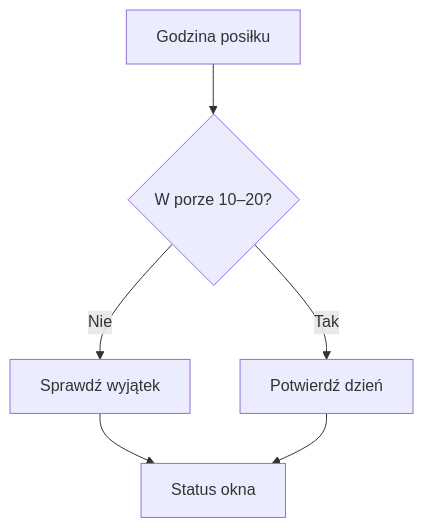
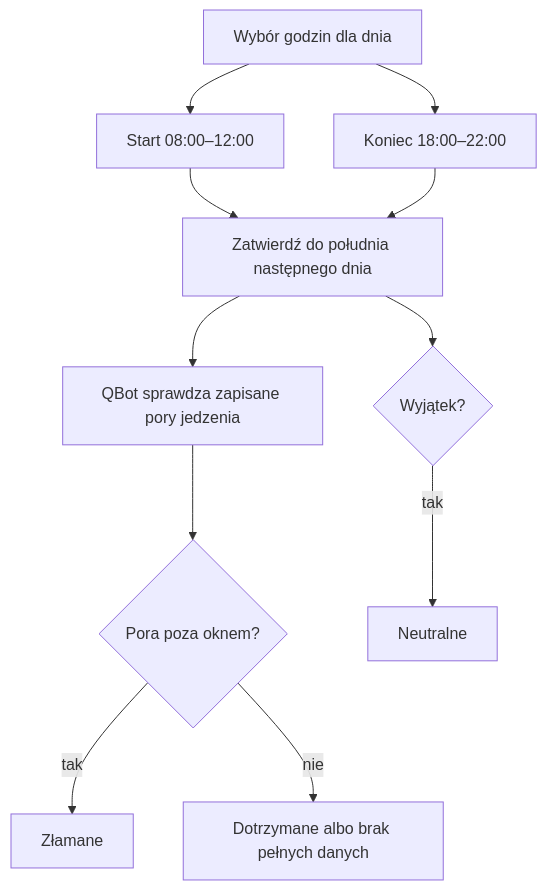
One commit to QbotMS/QbotQ changed the diagram in docs/wiki/zdrowie/okno-10-20.md. Above: the diagram before and after it, drawn with Mermaid. The commit also changed other lines of this file and 27 other files, not shown here.

````diff
--- a/docs/wiki/zdrowie/okno-10-20.md
+++ b/docs/wiki/zdrowie/okno-10-20.md
@@ -32,8 +48,13 @@
 ```mermaid
 flowchart TD
-  A[Godzina posiłku] --> B{W porze 10–20?}
-  B -->|Tak| C[Potwierdź dzień]
-  B -->|Nie| D[Sprawdź wyjątek]
-  D --> E[Status okna]
-  C --> E
+  A[Wybór godzin dla dnia] --> B[Start 08:00–12:00]
+  A --> C[Koniec 18:00–22:00]
+  B --> D[Zatwierdź do południa następnego dnia]
+  C --> D
+  D --> E[QBot sprawdza zapisane pory jedzenia]
+  E --> F{Pora poza oknem?}
+  F -->|tak| G[Złamane]
+  F -->|nie| H[Dotrzymane albo brak pełnych danych]
+  D --> I{Wyjątek?}
+  I -->|tak| J[Neutralne]
 ```
````
